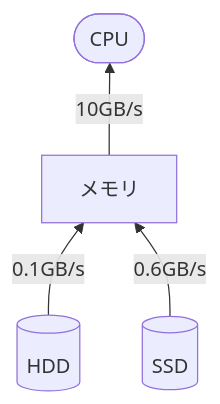
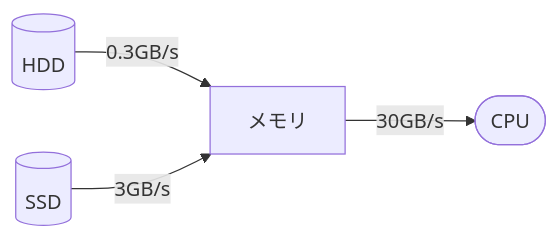
Before and after one commit to tmanabe/slides: the diagram in vector-search/computer.mmd, drawn with Mermaid. The commit also changed 9 other files, not shown here.

```diff
--- a/vector-search/computer.mmd
+++ b/vector-search/computer.mmd
@@ -1,4 +1,4 @@
-flowchart BT
-    m[メモリ] -- 10GB/s --> c([CPU]) 
-    h[(HDD)] -- 0.1GB/s --> m
-    s[(SSD)] -- 0.6GB/s --> m
+flowchart LR
+    m[メモリ] -- 30GB/s --> c([CPU])
+    h[(HDD)] -- 0.3GB/s --> m
+    s[(SSD)] -- 3GB/s --> m
```
